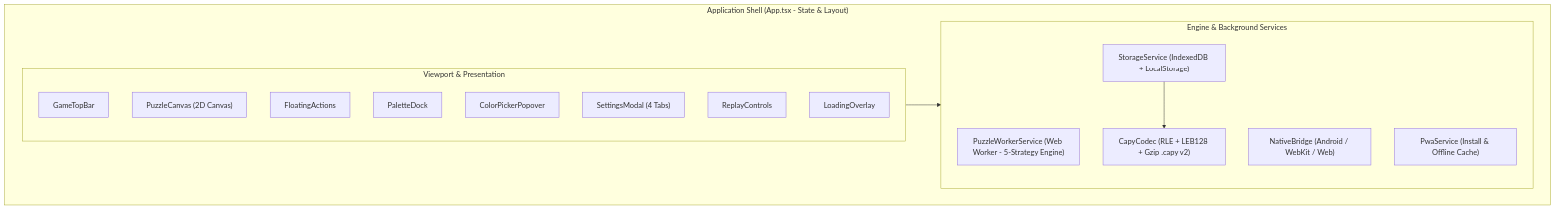
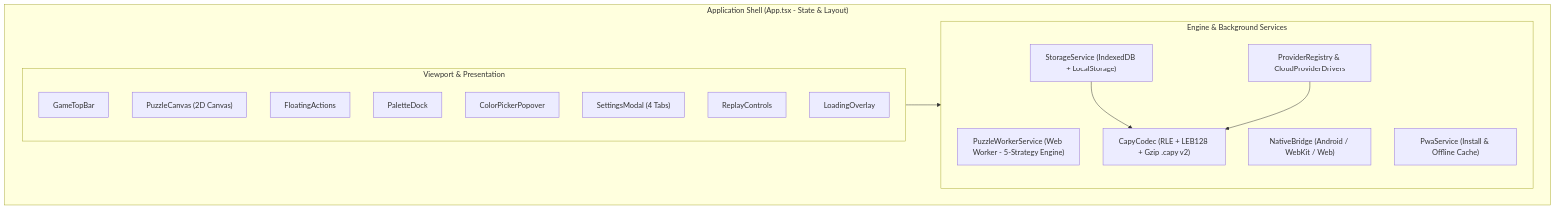
One commit to shthed/capy changed the first of 3 diagrams in WEB.md. Above: the diagram before and after it, drawn with Mermaid. The commit also changed other lines of this file and 11 other files, not shown here.

````diff
--- a/WEB.md
+++ b/WEB.md
@@ -11,24 +26,26 @@
 ```mermaid
 flowchart TB
   subgraph Shell["Application Shell (App.tsx - State & Layout)"]
     subgraph UI["Viewport & Presentation"]
       TopBar["GameTopBar"]
       Canvas["PuzzleCanvas (2D Canvas)"]
       Actions["FloatingActions"]
       Dock["PaletteDock"]
       Picker["ColorPickerPopover"]
       Settings["SettingsModal (4 Tabs)"]
       Replay["ReplayControls"]
       Loading["LoadingOverlay"]
     end
     subgraph Engine["Engine & Background Services"]
       Worker["PuzzleWorkerService (Web Worker - 5-Strategy Engine)"]
       Codec["CapyCodec (RLE + LEB128 + Gzip .capy v2)"]
       Storage["StorageService (IndexedDB + LocalStorage)"]
+      Cloud["ProviderRegistry & CloudProviderDrivers"]
       Bridge["NativeBridge (Android / WebKit / Web)"]
       Pwa["PwaService (Install & Offline Cache)"]
     end
   end
   UI --> Engine
   Storage --> Codec
+  Cloud --> Codec
 ```
````
